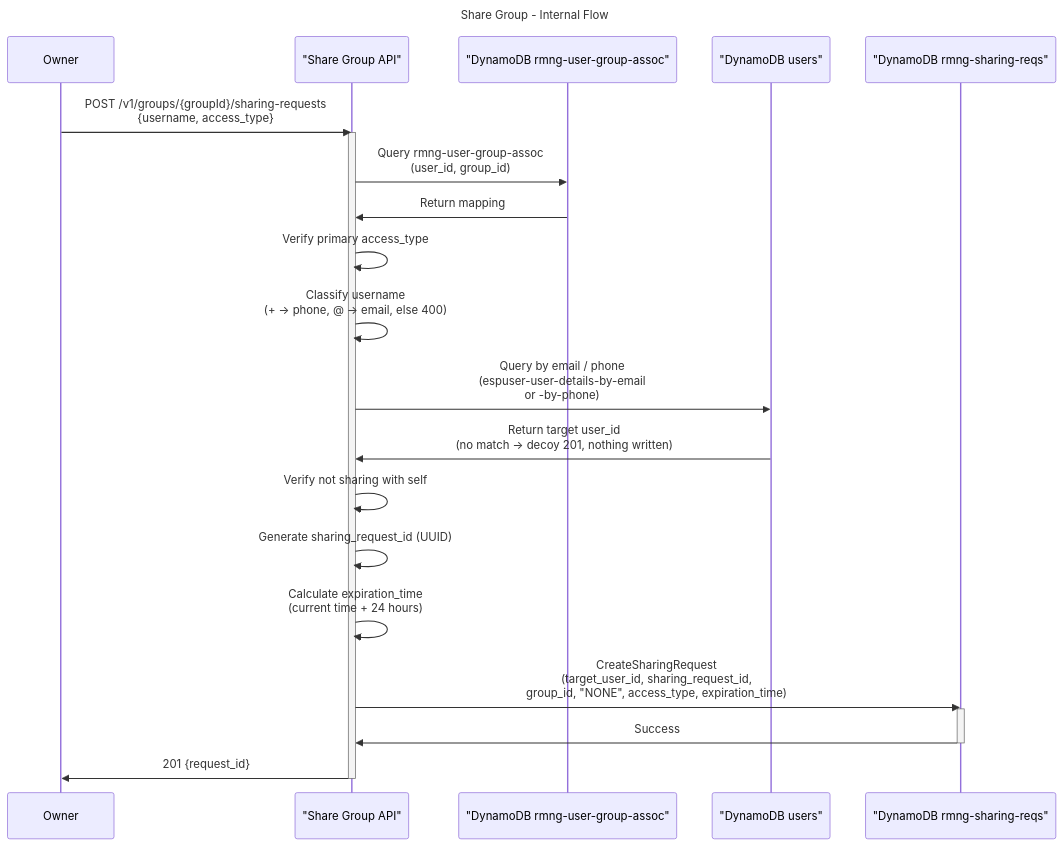
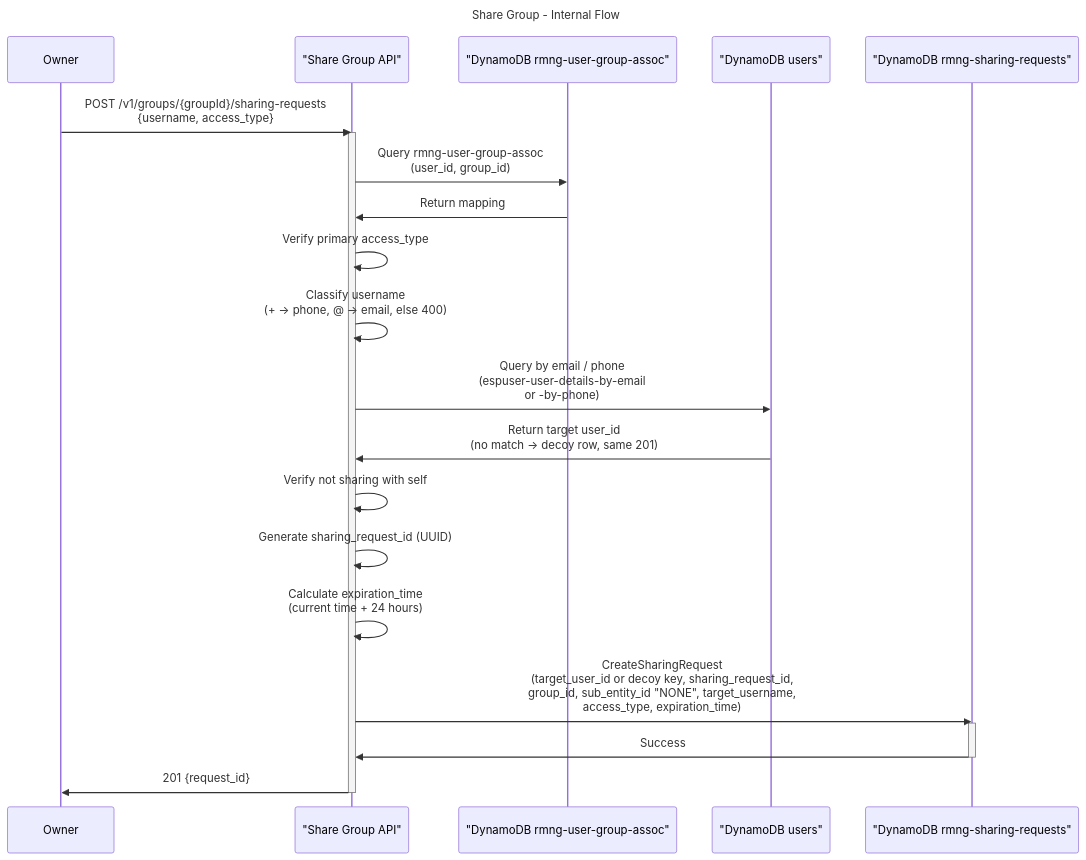
One commit to espressif/esp-rainmaker-neo changed the fifth of 7 diagrams in docs/en/specs/group.md. Above: the diagram before and after it, drawn with Mermaid. The commit also changed other lines of this file and 8 other files, not shown here.

First line of the commit message:
feat(group): store the typed username, "NONE" and decoys on sharing requests

````diff
--- a/docs/en/specs/group.md
+++ b/docs/en/specs/group.md
@@ -1122,35 +1130,35 @@
 ```mermaid
 sequenceDiagram
     title Share Group - Internal Flow
     
     participant Owner
     participant ShareAPI as "Share Group API"
     participant UserGroupDB as "DynamoDB rmng-user-group-assoc"
     participant UsersDB as "DynamoDB users"
-    participant SharingDB as "DynamoDB rmng-sharing-reqs"
+    participant SharingDB as "DynamoDB rmng-sharing-requests"
     
     Owner->>ShareAPI: POST /v1/groups/{groupId}/sharing-requests<br/>{username, access_type}
     activate ShareAPI
     
     ShareAPI->>UserGroupDB: Query rmng-user-group-assoc<br/>(user_id, group_id)
     UserGroupDB->>ShareAPI: Return mapping
     ShareAPI->>ShareAPI: Verify primary access_type
     
     ShareAPI->>ShareAPI: Classify username<br/>(+ → phone, @ → email, else 400)
     ShareAPI->>UsersDB: Query by email / phone<br/>(espuser-user-details-by-email<br/>or -by-phone)
-    UsersDB->>ShareAPI: Return target user_id<br/>(no match → decoy 201, nothing written)
+    UsersDB->>ShareAPI: Return target user_id<br/>(no match → decoy row, same 201)
     
     ShareAPI->>ShareAPI: Verify not sharing with self
     
     ShareAPI->>ShareAPI: Generate sharing_request_id (UUID)
     ShareAPI->>ShareAPI: Calculate expiration_time<br/>(current time + 24 hours)
     
-    ShareAPI->>SharingDB: CreateSharingRequest<br/>(target_user_id, sharing_request_id,<br/>group_id, "NONE", access_type, expiration_time)
+    ShareAPI->>SharingDB: CreateSharingRequest<br/>(target_user_id or decoy key, sharing_request_id,<br/>group_id, sub_entity_id "NONE", target_username,<br/>access_type, expiration_time)
     activate SharingDB
     SharingDB->>ShareAPI: Success
     deactivate SharingDB
     
     ShareAPI->>Owner: 201 {request_id}
     
     deactivate ShareAPI
 ```
````
